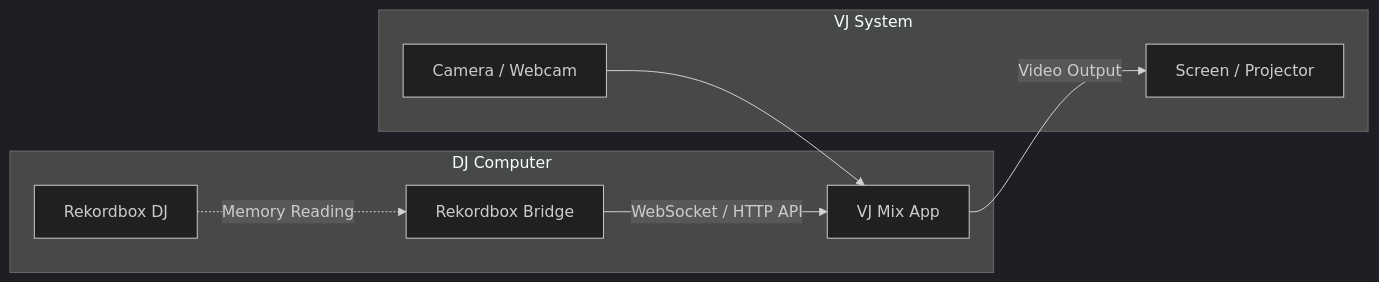
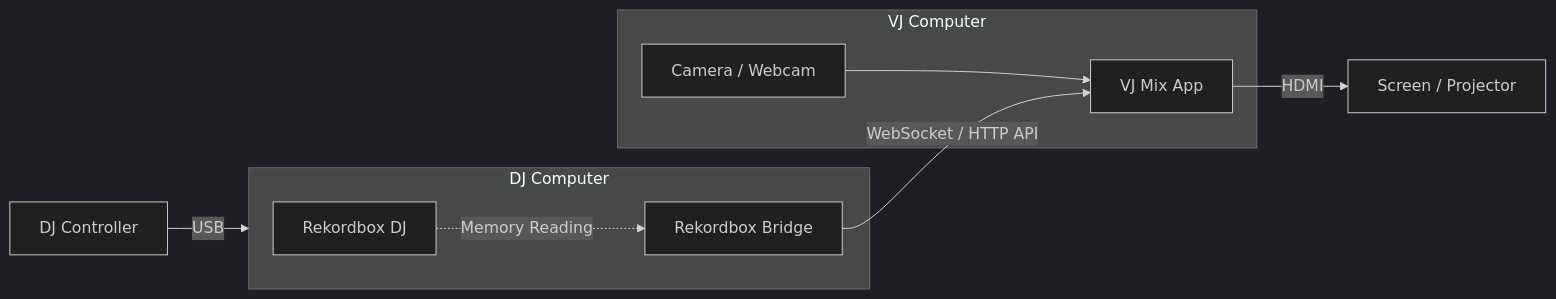
One commit to eric-bastian/vj-mix-releases changed the first of 2 diagrams in README.md. Above: the diagram before and after it, drawn with Mermaid (dark theme). The commit also changed other lines of this file, not shown here.

Commit message:
Update architecture diagrams: separate computers and add HDMI/Controller details

````diff
--- a/README.md
+++ b/README.md
@@ -43,12 +45,15 @@
 ```mermaid
 flowchart LR
-    subgraph DJ Computer
+    CTRL[DJ Controller] -->|USB| DJC
+
+    subgraph DJC [DJ Computer]
         RB[Rekordbox DJ] -.->|Memory Reading| BR[Rekordbox Bridge]
-        BR -->|WebSocket / HTTP API| VJ
     end
     
-    subgraph VJ System
+    subgraph VJC [VJ Computer]
         CAM[Camera / Webcam] --> VJ[VJ Mix App]
-        VJ -->|Video Output| SCR[Screen / Projector]
     end
+    
+    BR -->|WebSocket / HTTP API| VJ
+    VJ -->|HDMI| SCR[Screen / Projector]
 ```
````
